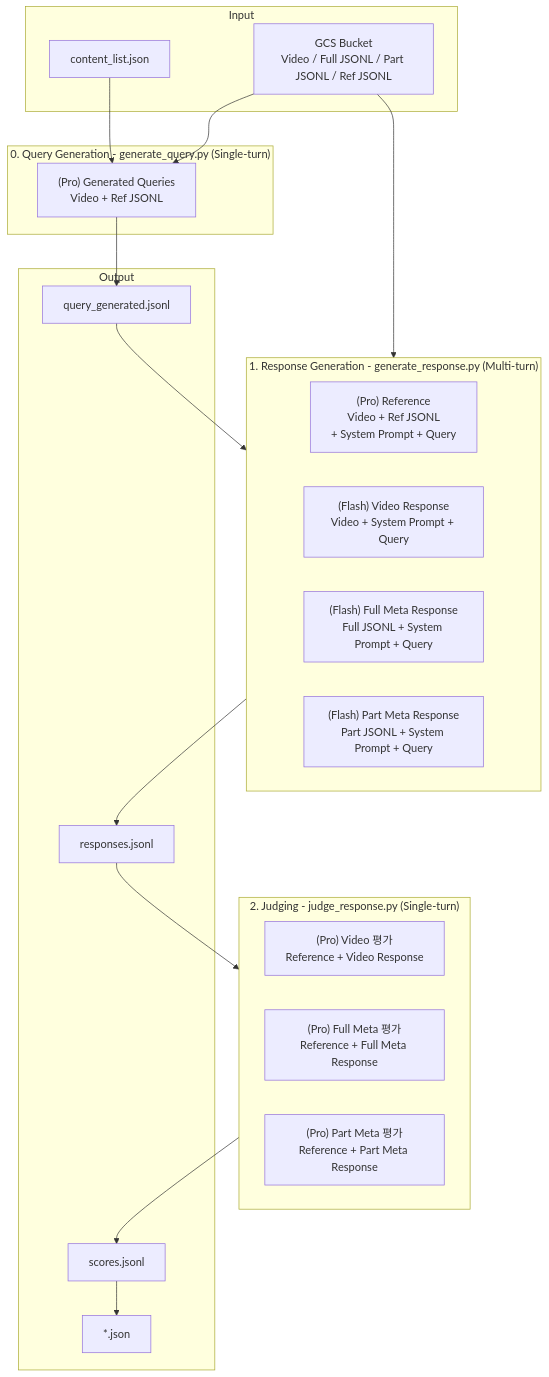
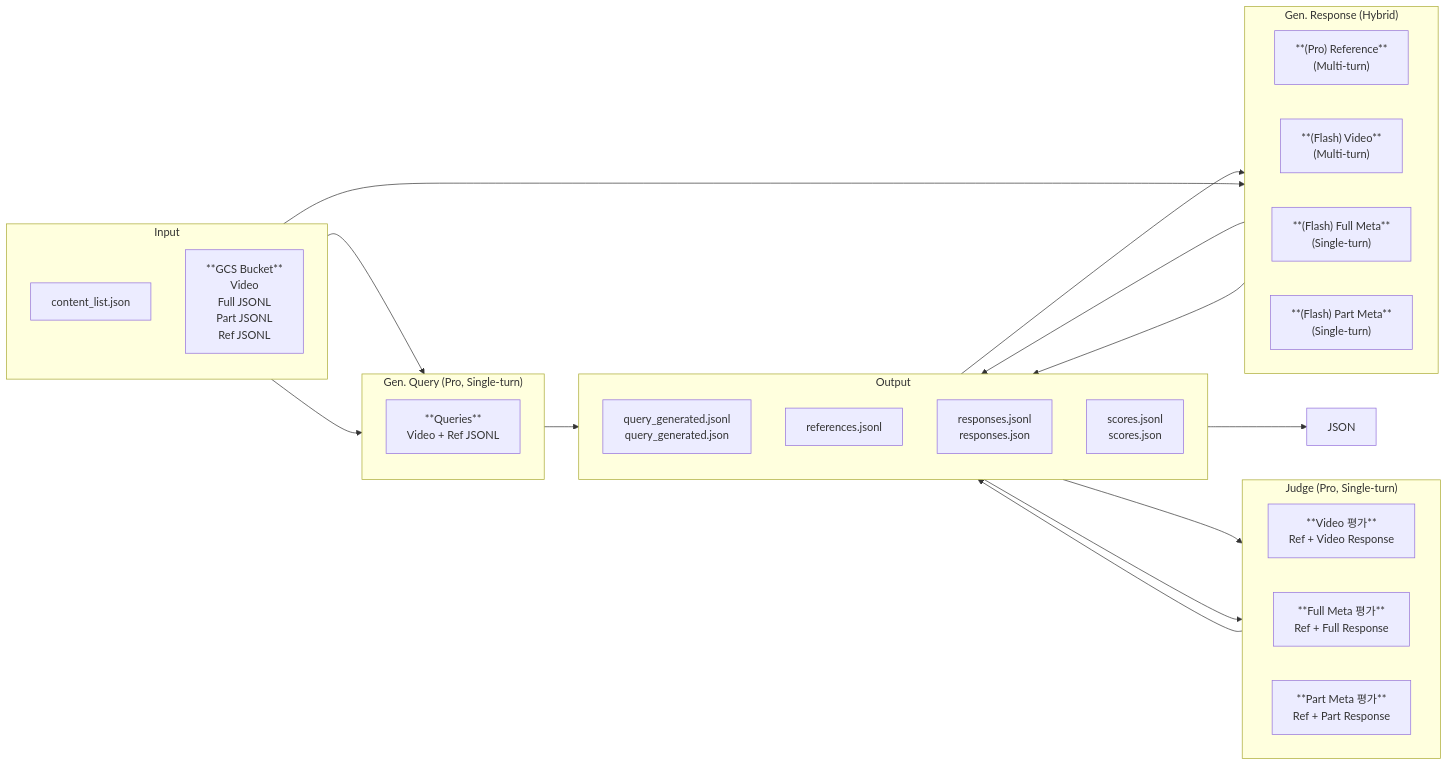
Before and after one commit to obeychoi0120/LLMJudge: the diagram in README.md, drawn with Mermaid. The commit also changed other lines of this file and 7 other files, not shown here.

````diff
--- a/README.md
+++ b/README.md
@@ -13,43 +13,48 @@
 ```mermaid
-flowchart TB
+flowchart LR
     subgraph INPUT["Input"]
+        direction TB
         CL["content_list.json"]
-        GCS["GCS Bucket<br/>Video / Full JSONL / Part JSONL / Ref JSONL"]
+        GCS["**GCS Bucket**<br/>Video<br/>Full JSONL<br/>Part JSONL<br/>Ref JSONL"]
     end
 
-    subgraph STAGE0["0. Query Generation - generate_query.py (Single-turn)"]
-        QG["(Pro) Generated Queries<br/>Video + Ref JSONL"]
+    subgraph STAGE0["Gen. Query (Pro, Single-turn)"]
+        direction TB
+        QG["**Queries**<br/>Video + Ref JSONL"]
     end
 
-    subgraph STAGE1["1. Response Generation - generate_response.py (Multi-turn)"]
+    subgraph STAGE1["Gen. Response (Hybrid)"]
         direction LR
-        REF["(Pro) Reference<br/>Video + Ref JSONL<br/>+ System Prompt + Query"]
-        MODE_V["(Flash) Video Response<br/>Video + System Prompt + Query"]
-        MODE_F["(Flash) Full Meta Response<br/>Full JSONL + System Prompt + Query"]
-        MODE_P["(Flash) Part Meta Response<br/>Part JSONL + System Prompt + Query"]
+        REF["**(Pro) Reference**<br/>(Multi-turn)"]
+        MODE_V["**(Flash) Video**<br/>(Multi-turn)"]
+        MODE_F["**(Flash) Full Meta**<br/>(Single-turn)"]
+        MODE_P["**(Flash) Part Meta**<br/>(Single-turn)"]
     end
 
-    subgraph STAGE2["2. Judging - judge_response.py (Single-turn)"]
+    subgraph STAGE2["Judge (Pro, Single-turn)"]
         direction LR
-        J_V["(Pro) Video 평가<br/>Reference + Video Response"]
-        J_F["(Pro) Full Meta 평가<br/>Reference + Full Meta Response"]
-        J_P["(Pro) Part Meta 평가<br/>Reference + Part Meta Response"]
+        J_V["**Video 평가**<br/>Ref + Video Response"]
+        J_F["**Full Meta 평가**<br/>Ref + Full Response"]
+        J_P["**Part Meta 평가**<br/>Ref + Part Response"]
     end
 
     subgraph OUTPUT["Output"]
-        QGO["query_generated.jsonl"]
-        RSP["responses.jsonl"]
-        SCR["scores.jsonl"]
-        JSON["*.json"]
+        direction TB
+        QGO["query_generated.jsonl<br/>query_generated.json"]
+        REF_O["references.jsonl"]
+        RSP["responses.jsonl<br/>responses.json"]
+        SCR["scores.jsonl<br/>scores.json"]
     end
 
     CL --> QG
     GCS --> QG
     QG --> QGO
     QGO --> STAGE1
     GCS --> STAGE1
+    STAGE1 --> REF_O
     STAGE1 --> RSP
     RSP --> STAGE2
+    REF_O --> STAGE2
     STAGE2 --> SCR
     SCR --> JSON
 ```
````
